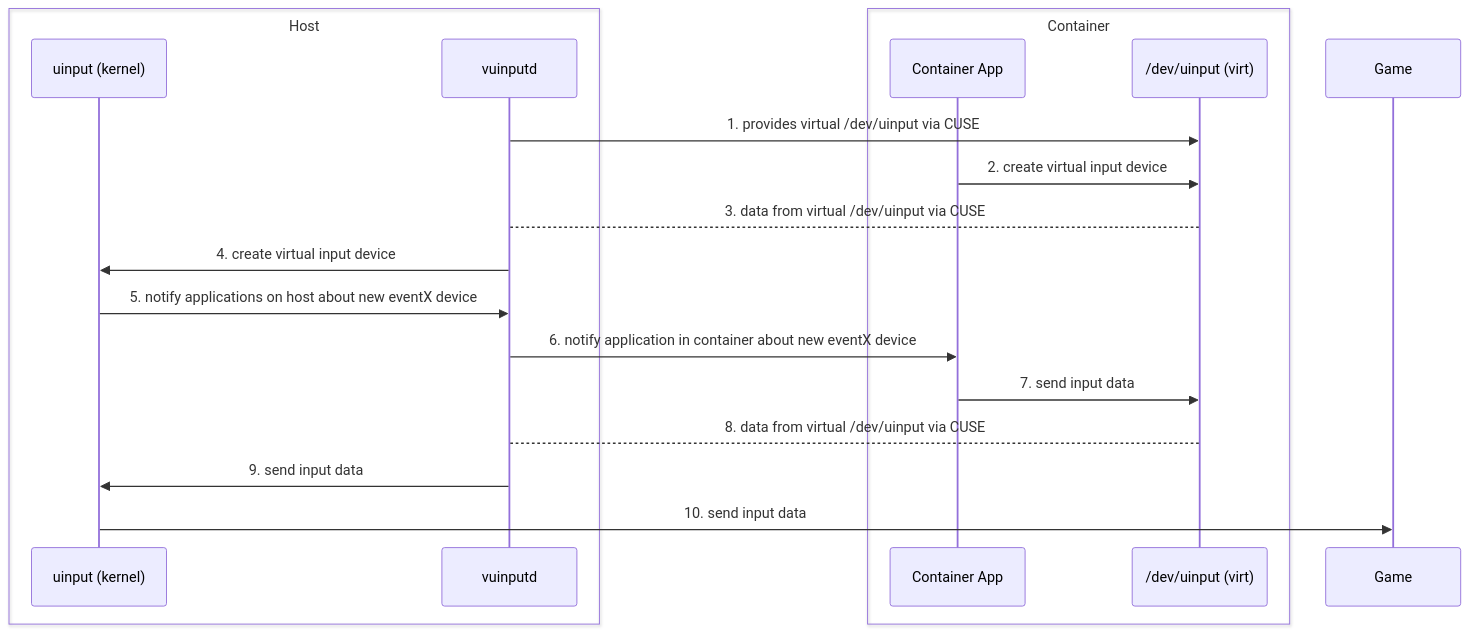
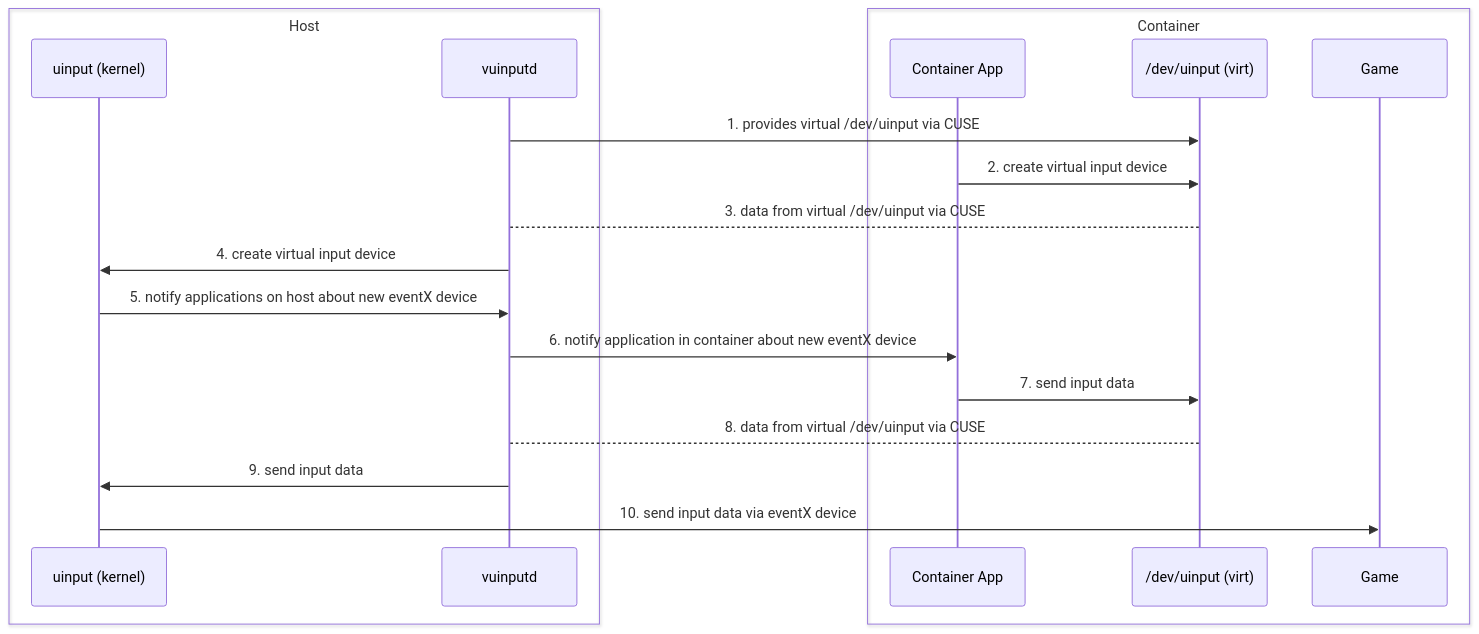
One commit to joleuger/vuinputd changed the diagram in README.md. Above: the diagram before and after it, drawn with Mermaid.

Commit message:
README.md Improve sequence diagram

````diff
--- a/README.md
+++ b/README.md
@@ -35,24 +35,25 @@
 ```mermaid
 
 sequenceDiagram
     box transparent Host
         participant Kernel as uinput (kernel)
         participant Daemon as vuinputd
     end
 
     box transparent Container
         participant App as Container App
         participant VirtUinput as /dev/uinput (virt)
+        Participant Game as Game
     end
 
     Daemon->>VirtUinput: 1. provides virtual /dev/uinput via CUSE
     App->>VirtUinput: 2. create virtual input device
     VirtUinput-->Daemon: 3. data from virtual /dev/uinput via CUSE
     Daemon->>Kernel: 4. create virtual input device
     Kernel->>Daemon: 5. notify applications on host about new eventX device
     Daemon->>App: 6. notify application in container about new eventX device
     App->>VirtUinput: 7. send input data
     VirtUinput-->Daemon: 8. data from virtual /dev/uinput via CUSE
     Daemon->>Kernel: 9. send input data
-    Kernel->>Game: 10. send input data
+    Kernel->>Game: 10. send input data via eventX device
 ```
````
